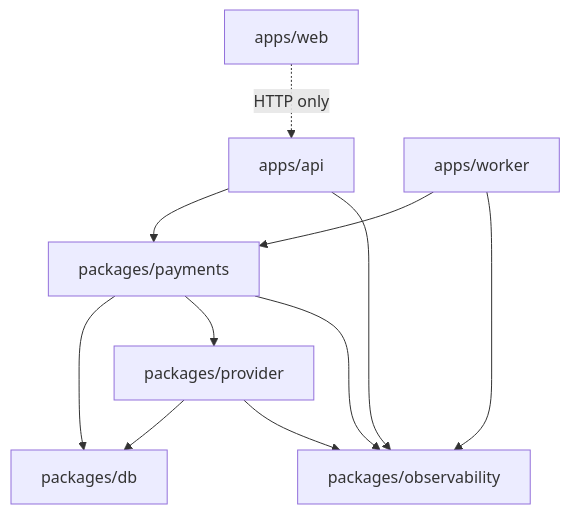
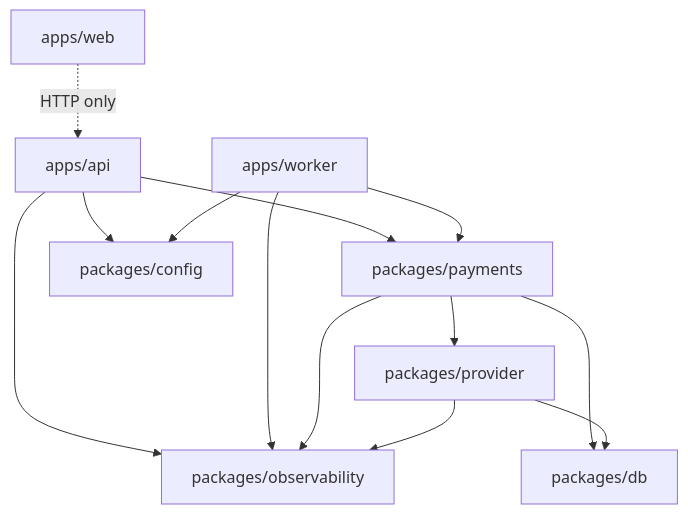
One commit to intimanjunath/Merchant-payment-processing-platform changed the second of 12 diagrams in project_spec.md. Above: the diagram before and after it, drawn with Mermaid. The commit also changed other lines of this file and 1 other file, not shown here.

````diff
--- a/project_spec.md
+++ b/project_spec.md
@@ -58,13 +74,15 @@
 ```mermaid
 flowchart TD
     API[apps/api] --> PAY[packages/payments]
     WRK[apps/worker] --> PAY
     API --> OBS[packages/observability]
     WRK --> OBS
+    API --> CFG[packages/config]
+    WRK --> CFG
     PAY --> DBP[packages/db]
     PAY --> PRV[packages/provider]
     PAY --> OBS
     PRV --> DBP
     PRV --> OBS
     WEB[apps/web] -.->|HTTP only| API
 ```
````
